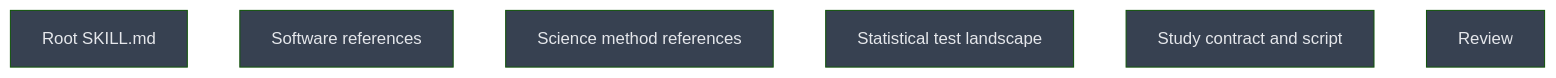
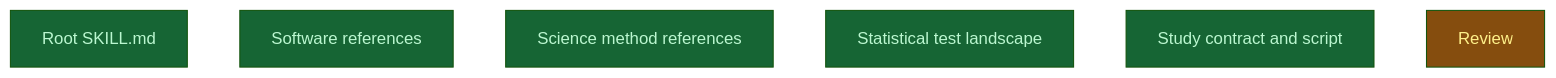
The diagram in __roadmap__/designing_tests/README.md (CrackingShells/Pinion), drawn with Mermaid (forest theme) before and after one commit. The commit also changed other lines of this file and 1 other file, not shown here.

Commit message:
docs(roadmap): close the first level of the designing-tests campaign
All five content leaves are merged; the two review leaves start.

````diff
--- a/__roadmap__/designing_tests/README.md
+++ b/__roadmap__/designing_tests/README.md
@@ -36,14 +36,14 @@
 ```mermaid
 graph TD
-    root_skill[Root SKILL.md]:::planned
-    software_references[Software references]:::planned
-    science_method[Science method references]:::planned
-    test_landscape[Statistical test landscape]:::planned
-    study_contract[Study contract and script]:::planned
-    review[Review]:::planned
+    root_skill[Root SKILL.md]:::done
+    software_references[Software references]:::done
+    science_method[Science method references]:::done
+    test_landscape[Statistical test landscape]:::done
+    study_contract[Study contract and script]:::done
+    review[Review]:::inprogress
     classDef done       fill:#166534,color:#bbf7d0
     classDef inprogress fill:#854d0e,color:#fef08a
     classDef planned    fill:#374151,color:#e5e7eb
     classDef amendment  fill:#1e3a5f,color:#bfdbfe
     classDef blocked    fill:#7f1d1d,color:#fecaca
 ```
````
